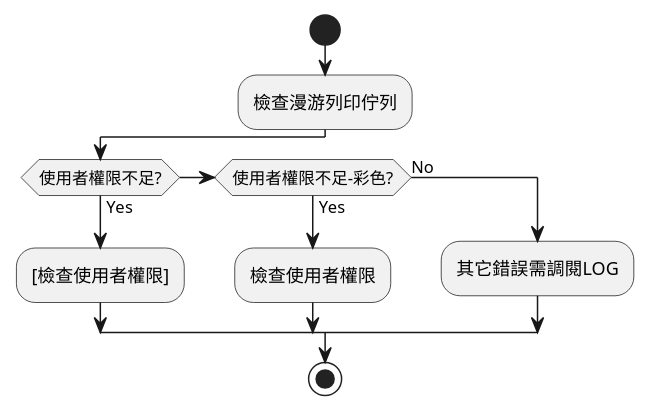
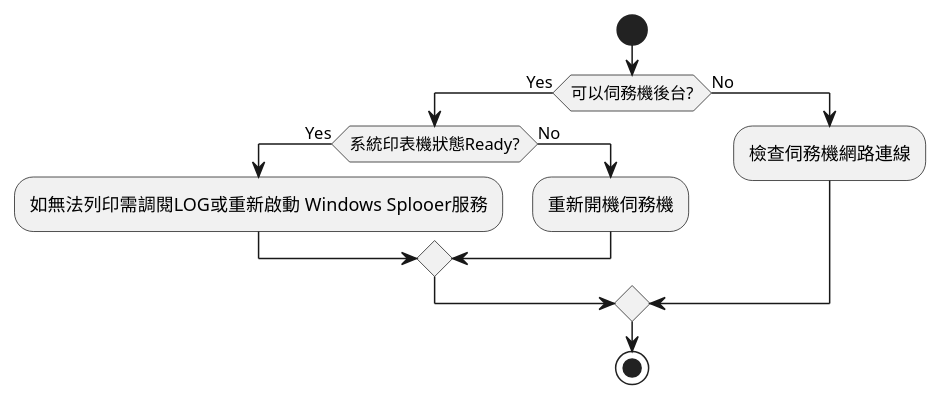
One commit to FrancoLiuDev/powermoat_doc changed the seventh of 7 diagrams in root/異常處理/無法漫游列印.md. Above: the diagram before and after it, drawn with PlantUML. The commit also changed other lines of this file, not shown here.

````diff
--- a/root/異常處理/無法漫游列印.md
+++ b/root/異常處理/無法漫游列印.md
@@ -66,16 +128,18 @@
 ```plantuml
 @startuml
 start
-:檢查漫游列印佇列;
 
-if (使用者權限不足?) then (Yes)
-  :[檢查使用者權限];
-elseif (使用者權限不足-彩色?) then (Yes)
-  :檢查使用者權限;
+
+if (可以伺務機後台?) then (Yes)
+    if (系統印表機狀態Ready?) then (Yes)
+        :如無法列印需調閱LOG或重新啟動 Windows Splooer服務;
+    else (No)
+        :重新開機伺務機;
+    endif 
 else (No)
-  :其它錯誤需調閱LOG;
+  :檢查伺務機網路連線;
 endif
 
 stop
 @enduml
 ```
````
